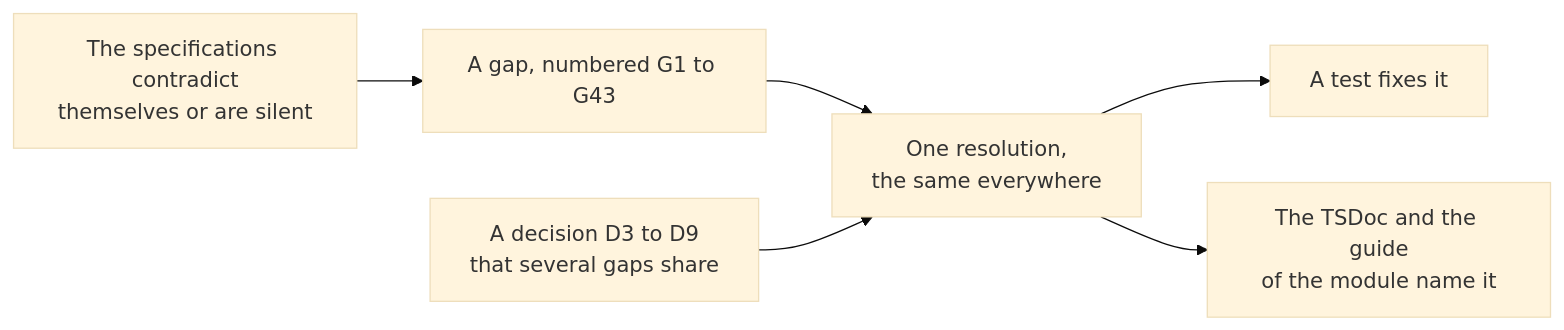
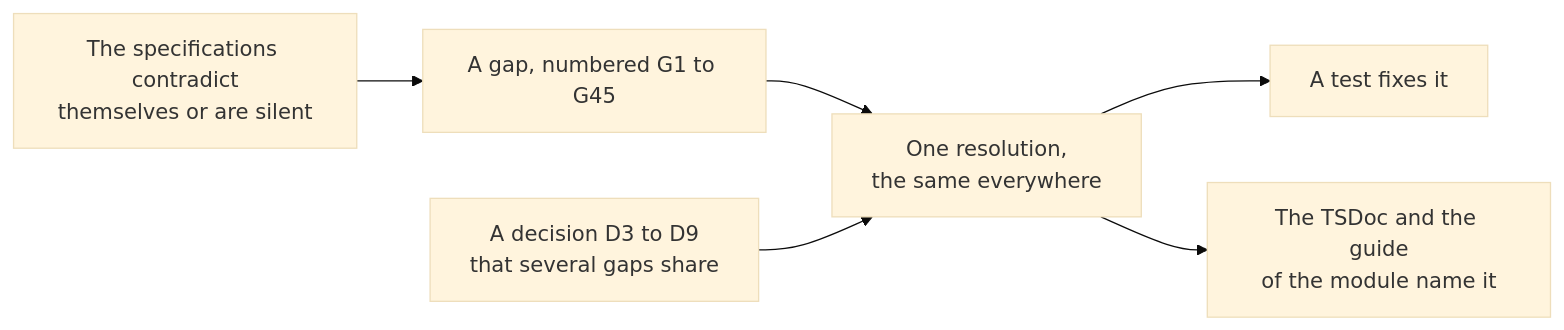
Before and after one commit to assesskit/assesskit: the diagram in docs/runtime/spec-gaps.md, drawn with Mermaid (base theme). The commit also changed other lines of this file and 7 other files, not shown here.

````diff
--- a/docs/runtime/spec-gaps.md
+++ b/docs/runtime/spec-gaps.md
@@ -10,8 +10,8 @@
 ```mermaid
 flowchart LR
-  gap["The specifications contradict<br/>themselves or are silent"] --> number["A gap, numbered G1 to G43"]
+  gap["The specifications contradict<br/>themselves or are silent"] --> number["A gap, numbered G1 to G45"]
   number --> resolution["One resolution,<br/>the same everywhere"]
   decision["A decision D3 to D9<br/>that several gaps share"] --> resolution
   resolution --> test["A test fixes it"]
   resolution --> docs["The TSDoc and the guide<br/>of the module name it"]
 ```
````
